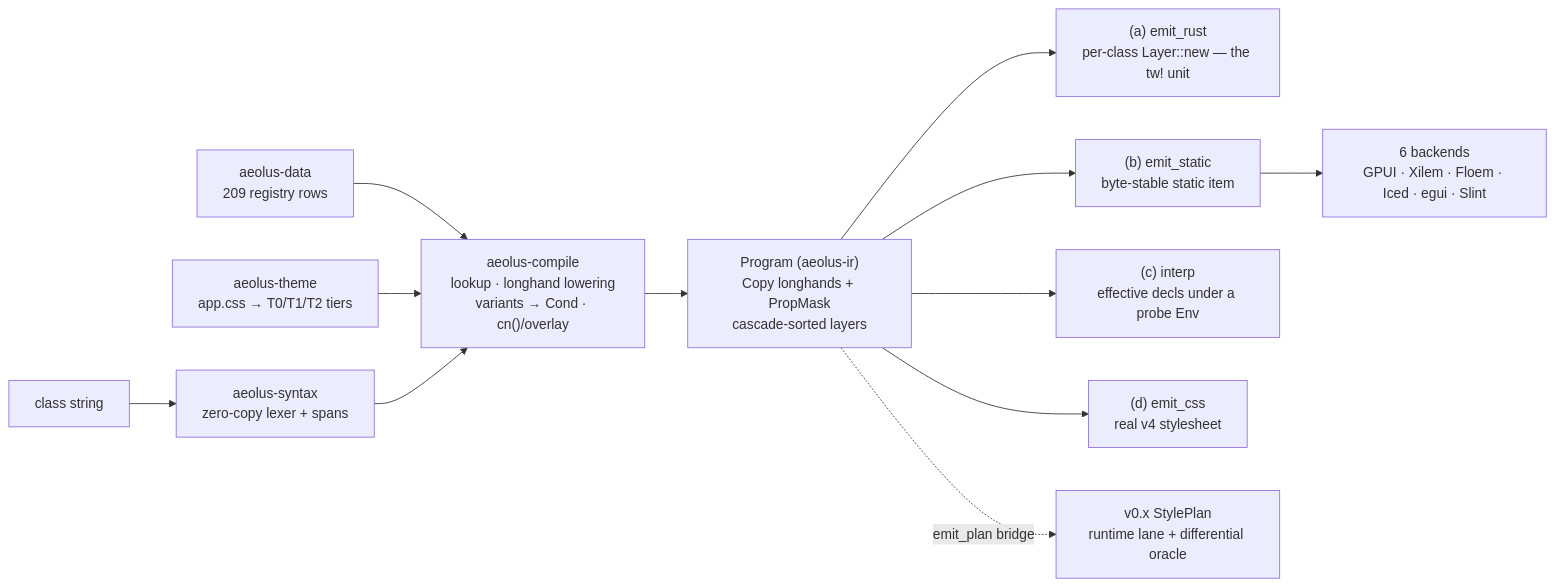
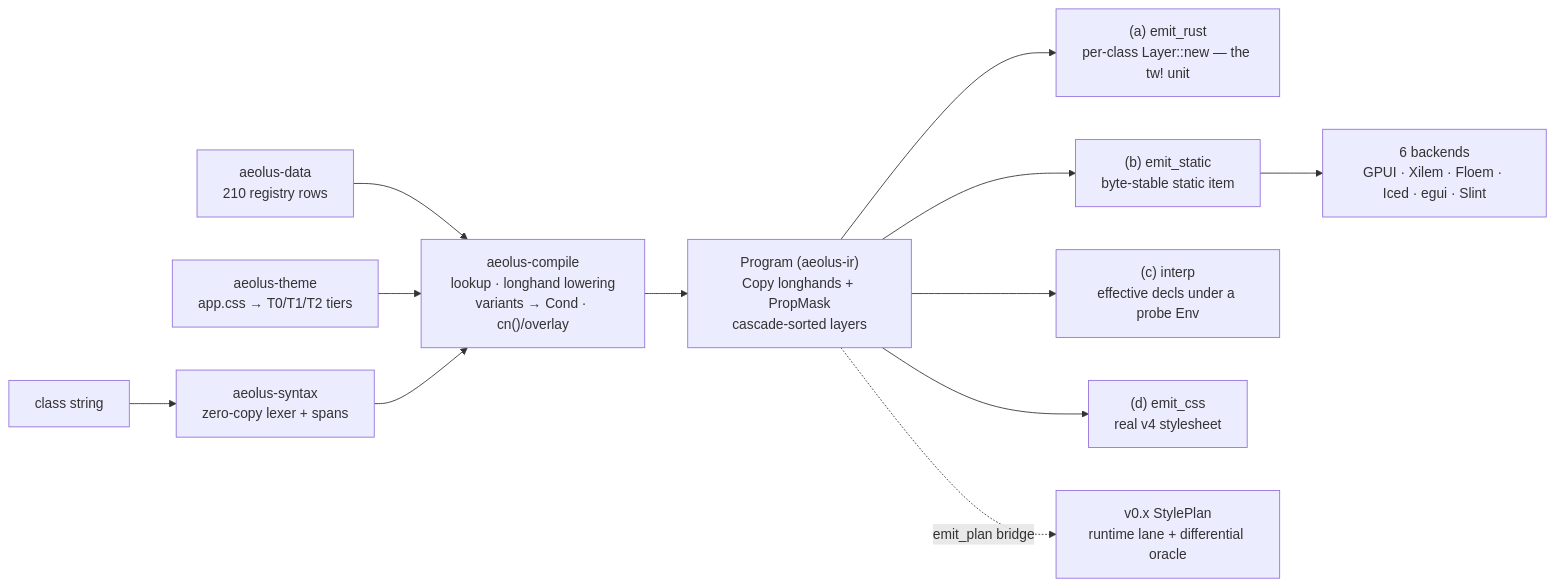
The diagram in README.md (elcoosp/aeolus), drawn with Mermaid before and after one commit. The commit also changed other lines of this file, not shown here.

````diff
--- a/README.md
+++ b/README.md
@@ -161,14 +161,14 @@
 ```mermaid
 flowchart LR
     A["class string"] --> S["aeolus-syntax<br/>zero-copy lexer + spans"]
-    D["aeolus-data<br/>209 registry rows"] --> C
+    D["aeolus-data<br/>210 registry rows"] --> C
     T["aeolus-theme<br/>app.css → T0/T1/T2 tiers"] --> C
     S --> C["aeolus-compile<br/>lookup · longhand lowering<br/>variants → Cond · cn()/overlay"]
     C --> P["Program (aeolus-ir)<br/>Copy longhands + PropMask<br/>cascade-sorted layers"]
     P --> R["(a) emit_rust<br/>per-class Layer::new — the tw! unit"]
     P --> B["(b) emit_static<br/>byte-stable static item"]
     P --> I["(c) interp<br/>effective decls under a probe Env"]
     P --> X["(d) emit_css<br/>real v4 stylesheet"]
     B --> BK["6 backends<br/>GPUI · Xilem · Floem · Iced · egui · Slint"]
     P -. "emit_plan bridge" .-> SP["v0.x StylePlan<br/>runtime lane + differential oracle"]
 ```
````
